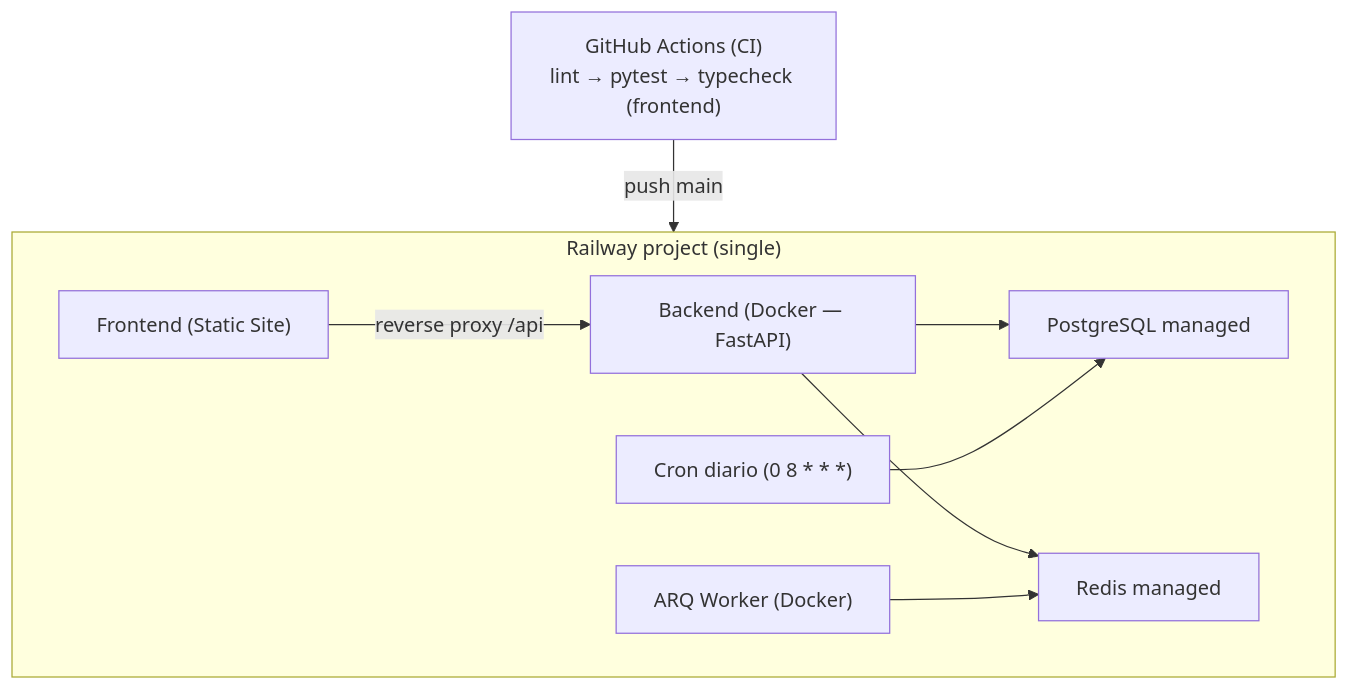
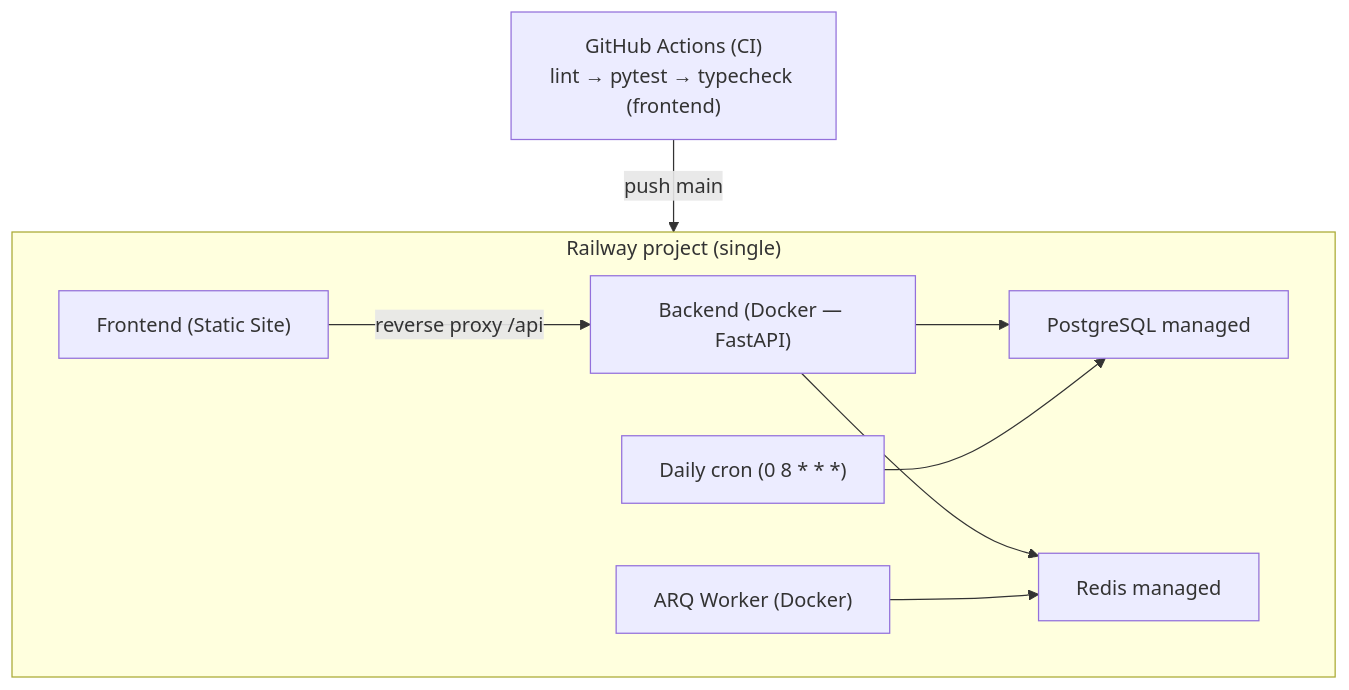
The second of 3 diagrams in readme.md (LIDR-academy/AI4Devs-finalproject), drawn with Mermaid before and after one commit. The commit also changed other lines of this file and 1 other file, not shown here.

````diff
--- a/readme.md
+++ b/readme.md
@@ -246,19 +246,19 @@
 ```mermaid
 flowchart TD
   GHA["GitHub Actions (CI)<br/>lint → pytest → typecheck (frontend)"]
   subgraph RAILWAY["Railway project (single)"]
     STATIC["Frontend (Static Site)"]
     BACKEND["Backend (Docker — FastAPI)"]
     WORKER["ARQ Worker (Docker)"]
-    CRON["Cron diario (0 8 * * *)"]
+    CRON["Daily cron (0 8 * * *)"]
     PG["PostgreSQL managed"]
     REDIS["Redis managed"]
   end
 
   GHA -->|push main| RAILWAY
   STATIC -->|reverse proxy /api| BACKEND
   BACKEND --> PG
   BACKEND --> REDIS
   WORKER --> REDIS
   CRON --> PG
 ```
````
